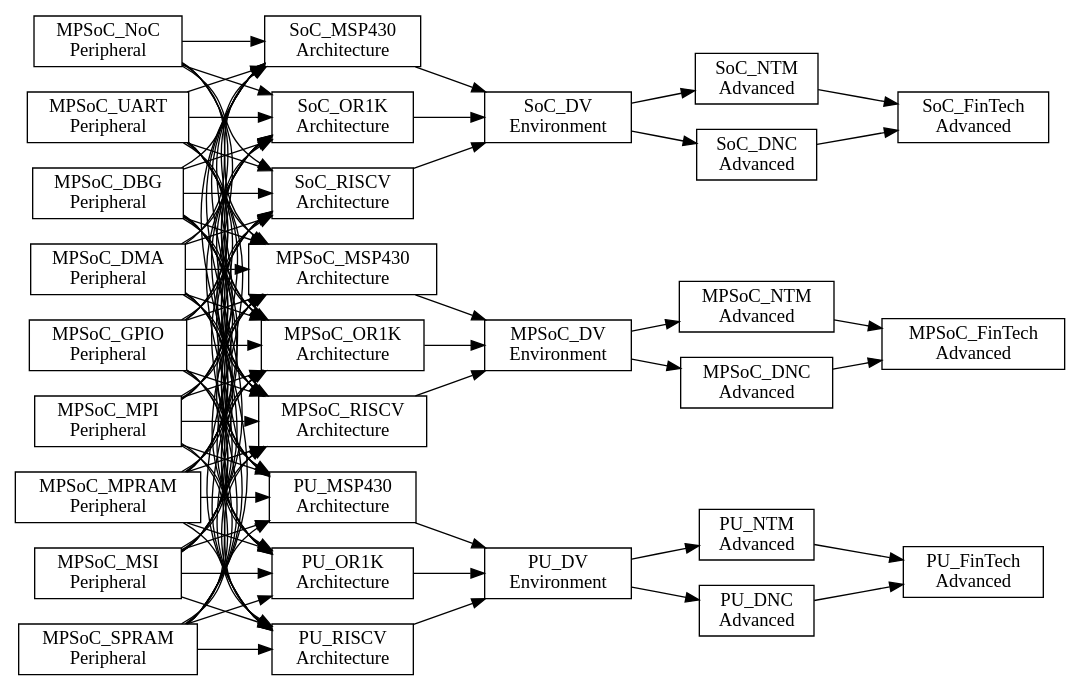
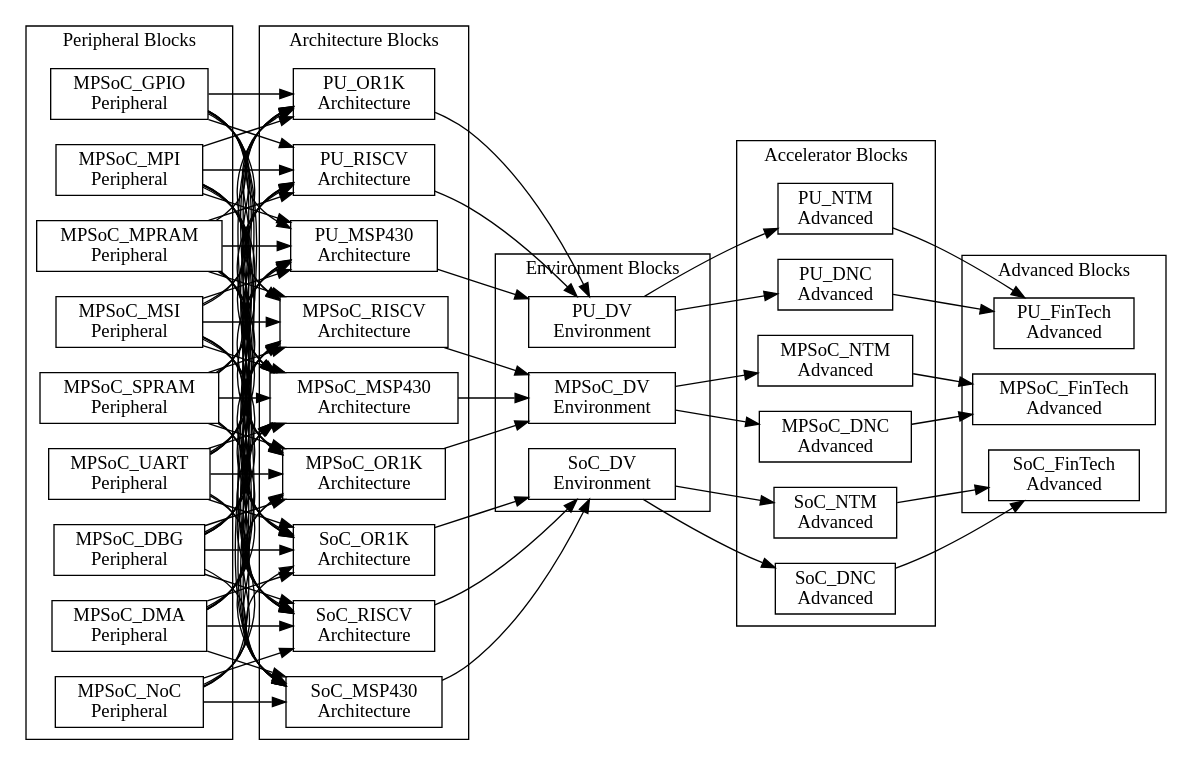
One commit to PacoReinaCampo/SoC-RTOS changed the diagram in doc/traditional/assets/chapter6/dependences-mpsoc-fintech.dot. Above: the diagram before and after it, drawn with Graphviz. The commit also changed 1048 other files, not shown here.

```diff
--- a/doc/traditional/assets/chapter6/dependences-mpsoc-fintech.dot
+++ b/doc/traditional/assets/chapter6/dependences-mpsoc-fintech.dot
@@ -1,169 +1,179 @@
 digraph Project {
   // Introduction
   graph [rankdir = LR];
   node[shape=record];
 
   // Peripheral Blocks
-  MPSoC_DBG[label="MPSoC_DBG \nPeripheral"];
-  MPSoC_DMA[label="MPSoC_DMA \nPeripheral"];
-  MPSoC_GPIO[label="MPSoC_GPIO \nPeripheral"];
-  MPSoC_MPI[label="MPSoC_MPI \nPeripheral"];
-  MPSoC_MPRAM[label="MPSoC_MPRAM \nPeripheral"];
-  MPSoC_MSI[label="MPSoC_MSI \nPeripheral"];
-  MPSoC_NoC[label="MPSoC_NoC \nPeripheral"];
-  MPSoC_SPRAM[label="MPSoC_SPRAM \nPeripheral"];
-  MPSoC_UART[label="MPSoC_UART \nPeripheral"];
+  subgraph "cluster PeripheralBlocks" { label = "Peripheral Blocks";
+    MPSoC_DBG[label="MPSoC_DBG \nPeripheral"];
+    MPSoC_DMA[label="MPSoC_DMA \nPeripheral"];
+    MPSoC_GPIO[label="MPSoC_GPIO \nPeripheral"];
+    MPSoC_MPI[label="MPSoC_MPI \nPeripheral"];
+    MPSoC_MPRAM[label="MPSoC_MPRAM \nPeripheral"];
+    MPSoC_MSI[label="MPSoC_MSI \nPeripheral"];
+    MPSoC_NoC[label="MPSoC_NoC \nPeripheral"];
+    MPSoC_SPRAM[label="MPSoC_SPRAM \nPeripheral"];
+    MPSoC_UART[label="MPSoC_UART \nPeripheral"];
+  }
 
   // Architecture Blocks
-  MPSoC_MSP430[label="MPSoC_MSP430 \nArchitecture"];
-  MPSoC_OR1K[label="MPSoC_OR1K \nArchitecture"];
-  MPSoC_RISCV[label="MPSoC_RISCV \nArchitecture"];
-  SoC_MSP430[label="SoC_MSP430 \nArchitecture"];
-  SoC_OR1K[label="SoC_OR1K \nArchitecture"];
-  SoC_RISCV[label="SoC_RISCV \nArchitecture"];
-  PU_MSP430[label="PU_MSP430 \nArchitecture"];
-  PU_OR1K[label="PU_OR1K \nArchitecture"];
-  PU_RISCV[label="PU_RISCV \nArchitecture"];
+  subgraph "cluster ArchitectureBlocks" { label = "Architecture Blocks";
+    MPSoC_MSP430[label="MPSoC_MSP430 \nArchitecture"];
+    MPSoC_OR1K[label="MPSoC_OR1K \nArchitecture"];
+    MPSoC_RISCV[label="MPSoC_RISCV \nArchitecture"];
+    SoC_MSP430[label="SoC_MSP430 \nArchitecture"];
+    SoC_OR1K[label="SoC_OR1K \nArchitecture"];
+    SoC_RISCV[label="SoC_RISCV \nArchitecture"];
+    PU_MSP430[label="PU_MSP430 \nArchitecture"];
+    PU_OR1K[label="PU_OR1K \nArchitecture"];
+    PU_RISCV[label="PU_RISCV \nArchitecture"];
+  }
 
   // Environment Blocks
-  MPSoC_DV[label="MPSoC_DV \nEnvironment"];
-  SoC_DV[label="SoC_DV \nEnvironment"];
-  PU_DV[label="PU_DV \nEnvironment"];
+  subgraph "cluster EnvironmentBlocks" { label = "Environment Blocks";
+    MPSoC_DV[label="MPSoC_DV \nEnvironment"];
+    SoC_DV[label="SoC_DV \nEnvironment"];
+    PU_DV[label="PU_DV \nEnvironment"];
+  }
 
   // Accelerator Blocks
-  MPSoC_NTM[label="MPSoC_NTM \nAdvanced"];
-  SoC_NTM[label="SoC_NTM \nAdvanced"];
-  PU_NTM[label="PU_NTM \nAdvanced"];
+  subgraph "cluster AcceleratorBlocks" { label = "Accelerator Blocks";
+    MPSoC_NTM[label="MPSoC_NTM \nAdvanced"];
+    SoC_NTM[label="SoC_NTM \nAdvanced"];
+    PU_NTM[label="PU_NTM \nAdvanced"];
 
-  MPSoC_DNC[label="MPSoC_DNC \nAdvanced"];
-  SoC_DNC[label="SoC_DNC \nAdvanced"];
-  PU_DNC[label="PU_DNC \nAdvanced"];
+    MPSoC_DNC[label="MPSoC_DNC \nAdvanced"];
+    SoC_DNC[label="SoC_DNC \nAdvanced"];
+    PU_DNC[label="PU_DNC \nAdvanced"];
+  }
 
   // Advanced Blocks
-  MPSoC_FinTech[label="MPSoC_FinTech \nAdvanced"];
-  SoC_FinTech[label="SoC_FinTech \nAdvanced"];
-  PU_FinTech[label="PU_FinTech \nAdvanced"];
+  subgraph "cluster AdvancedBlocks" { label = "Advanced Blocks";
+    MPSoC_FinTech[label="MPSoC_FinTech \nAdvanced"];
+    SoC_FinTech[label="SoC_FinTech \nAdvanced"];
+    PU_FinTech[label="PU_FinTech \nAdvanced"];
+  }
 
   // Peripheral -> Architecture
   MPSoC_DBG -> MPSoC_MSP430;
   MPSoC_DMA -> MPSoC_MSP430;
   MPSoC_GPIO -> MPSoC_MSP430;
   MPSoC_MPI -> MPSoC_MSP430;
   MPSoC_MPRAM -> MPSoC_MSP430;
   MPSoC_MSI -> MPSoC_MSP430;
   MPSoC_NoC -> MPSoC_MSP430;
   MPSoC_SPRAM -> MPSoC_MSP430;
   MPSoC_UART -> MPSoC_MSP430;
 
   MPSoC_DBG -> SoC_MSP430;
   MPSoC_DMA -> SoC_MSP430;
   MPSoC_GPIO -> SoC_MSP430;
   MPSoC_MPI -> SoC_MSP430;
   MPSoC_MPRAM -> SoC_MSP430;
   MPSoC_MSI -> SoC_MSP430;
   MPSoC_NoC -> SoC_MSP430;
   MPSoC_SPRAM -> SoC_MSP430;
   MPSoC_UART -> SoC_MSP430;
 
   MPSoC_DBG -> PU_MSP430;
   MPSoC_DMA -> PU_MSP430;
   MPSoC_GPIO -> PU_MSP430;
   MPSoC_MPI -> PU_MSP430;
   MPSoC_MPRAM -> PU_MSP430;
   MPSoC_MSI -> PU_MSP430;
   MPSoC_SPRAM -> PU_MSP430;
   MPSoC_UART -> PU_MSP430;
 
 
   MPSoC_DBG -> MPSoC_OR1K;
   MPSoC_DMA -> MPSoC_OR1K;
   MPSoC_GPIO -> MPSoC_OR1K;
   MPSoC_MPI -> MPSoC_OR1K;
   MPSoC_MPRAM -> MPSoC_OR1K;
   MPSoC_MSI -> MPSoC_OR1K;
   MPSoC_NoC -> MPSoC_OR1K;
   MPSoC_SPRAM -> MPSoC_OR1K;
   MPSoC_UART -> MPSoC_OR1K;
 
   MPSoC_DBG -> SoC_OR1K;
   MPSoC_DMA -> SoC_OR1K;
   MPSoC_GPIO -> SoC_OR1K;
   MPSoC_MPI -> SoC_OR1K;
   MPSoC_MPRAM -> SoC_OR1K;
   MPSoC_MSI -> SoC_OR1K;
   MPSoC_NoC -> SoC_OR1K;
   MPSoC_SPRAM -> SoC_OR1K;
   MPSoC_UART -> SoC_OR1K;
 
   MPSoC_DBG -> PU_OR1K;
   MPSoC_DMA -> PU_OR1K;
   MPSoC_GPIO -> PU_OR1K;
   MPSoC_MPI -> PU_OR1K;
   MPSoC_MPRAM -> PU_OR1K;
   MPSoC_MSI -> PU_OR1K;
   MPSoC_SPRAM -> PU_OR1K;
   MPSoC_UART -> PU_OR1K;
 
 
   MPSoC_DBG -> MPSoC_RISCV;
   MPSoC_DMA -> MPSoC_RISCV;
   MPSoC_GPIO -> MPSoC_RISCV;
   MPSoC_MPI -> MPSoC_RISCV;
   MPSoC_MPRAM -> MPSoC_RISCV;
   MPSoC_MSI -> MPSoC_RISCV;
   MPSoC_NoC -> MPSoC_RISCV;
   MPSoC_SPRAM -> MPSoC_RISCV;
   MPSoC_UART -> MPSoC_RISCV;
 
   MPSoC_DBG -> SoC_RISCV;
   MPSoC_DMA -> SoC_RISCV;
   MPSoC_GPIO -> SoC_RISCV;
   MPSoC_MPI -> SoC_RISCV;
   MPSoC_MPRAM -> SoC_RISCV;
   MPSoC_MSI -> SoC_RISCV;
   MPSoC_NoC -> SoC_RISCV;
   MPSoC_SPRAM -> SoC_RISCV;
   MPSoC_UART -> SoC_RISCV;
 
   MPSoC_DBG -> PU_RISCV;
   MPSoC_DMA -> PU_RISCV;
   MPSoC_GPIO -> PU_RISCV;
   MPSoC_MPI -> PU_RISCV;
   MPSoC_MPRAM -> PU_RISCV;
   MPSoC_MSI -> PU_RISCV;
   MPSoC_SPRAM -> PU_RISCV;
   MPSoC_UART -> PU_RISCV;
 
   // Architecture -> Environment
   PU_MSP430 -> PU_DV;
   PU_OR1K -> PU_DV;
   PU_RISCV -> PU_DV;
 
   SoC_MSP430 -> SoC_DV;
   SoC_OR1K -> SoC_DV;
   SoC_RISCV -> SoC_DV;
 
   MPSoC_MSP430 -> MPSoC_DV;
   MPSoC_OR1K -> MPSoC_DV;
   MPSoC_RISCV -> MPSoC_DV;
 
   // Environment -> Accelerator
   PU_DV -> PU_NTM;
   PU_DV -> PU_DNC;
 
   SoC_DV -> SoC_NTM;
   SoC_DV -> SoC_DNC;
 
   MPSoC_DV -> MPSoC_NTM;
   MPSoC_DV -> MPSoC_DNC;
 
   // Accelerator -> Advanced
   PU_NTM -> PU_FinTech;
   PU_DNC -> PU_FinTech;
 
   SoC_NTM -> SoC_FinTech;
   SoC_DNC -> SoC_FinTech;
 
   MPSoC_NTM -> MPSoC_FinTech;
   MPSoC_DNC -> MPSoC_FinTech;
 }
```
